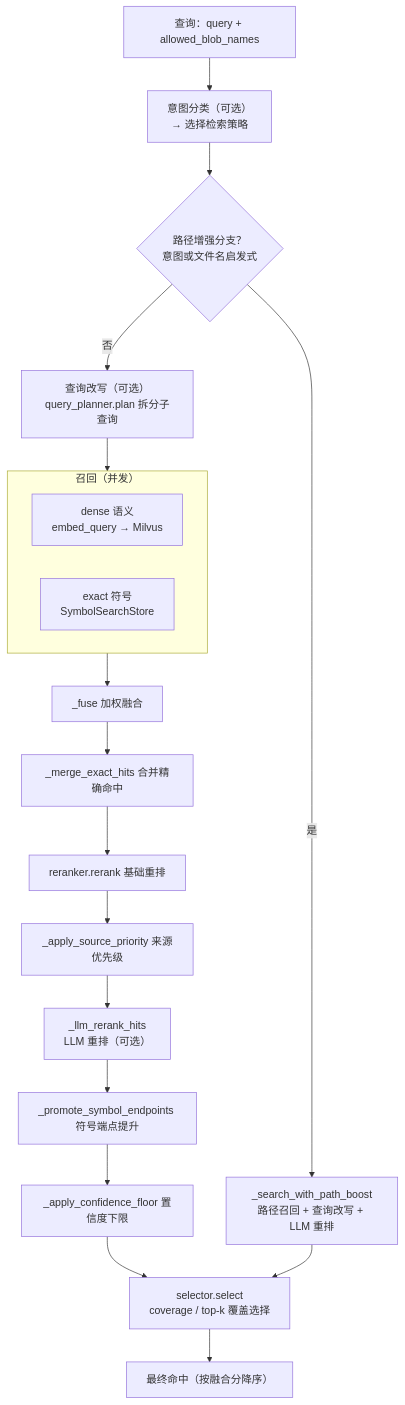
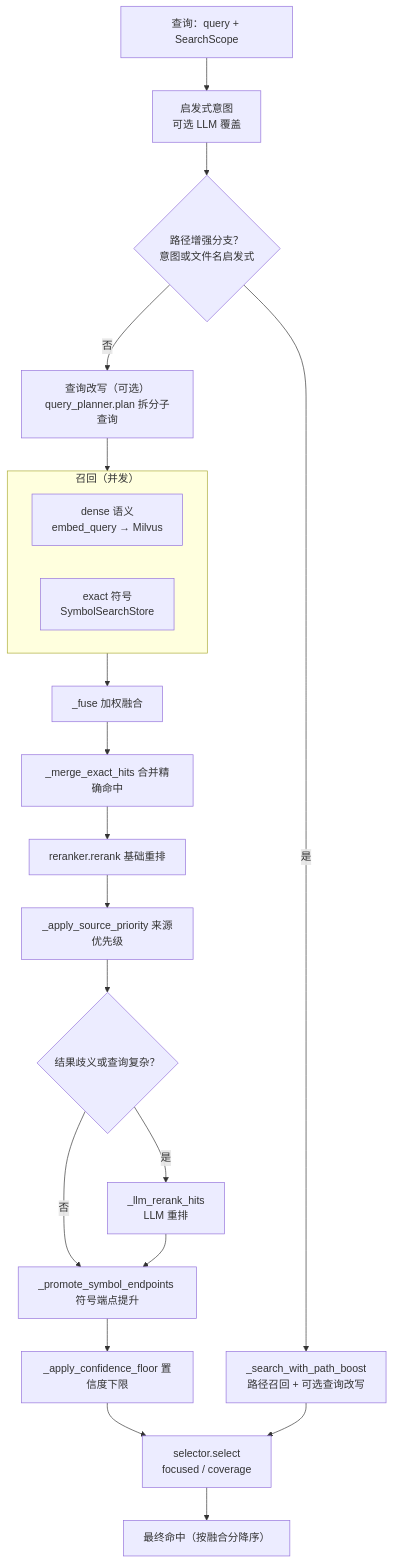
Before and after one commit to JasonEX/oce: the second of 2 diagrams in README.zh-CN.md, drawn with Mermaid. The commit also changed other lines of this file and 25 other files, not shown here.

````diff
--- a/README.zh-CN.md
+++ b/README.zh-CN.md
@@ -360,29 +362,31 @@
 ```mermaid
 flowchart TB
-    Q["查询：query + allowed_blob_names"]
-    Q --> Intent["意图分类（可选）<br/>→ 选择检索策略"]
+    Q["查询：query + SearchScope"]
+    Q --> Intent["启发式意图<br/>可选 LLM 覆盖"]
     Intent --> PathCheck{"路径增强分支？<br/>意图或文件名启发式"}
 
-    PathCheck -->|是| PathBoost["_search_with_path_boost<br/>路径召回 + 查询改写 + LLM 重排"]
+    PathCheck -->|是| PathBoost["_search_with_path_boost<br/>路径召回 + 可选查询改写"]
     PathCheck -->|否| Rewrite["查询改写（可选）<br/>query_planner.plan 拆分子查询"]
 
     Rewrite --> Recall
 
     subgraph Recall["召回（并发）"]
         direction LR
         Dense["dense 语义<br/>embed_query → Milvus"]
         Exact["exact 符号<br/>SymbolSearchStore"]
     end
 
     Recall --> Fuse["_fuse 加权融合"]
     Fuse --> Merge["_merge_exact_hits 合并精确命中"]
     Merge --> Rerank["reranker.rerank 基础重排"]
     Rerank --> Source["_apply_source_priority 来源优先级"]
-    Source --> LLMRerank["_llm_rerank_hits<br/>LLM 重排（可选）"]
+    Source --> Gate{"结果歧义或查询复杂？"}
+    Gate -->|是| LLMRerank["_llm_rerank_hits<br/>LLM 重排"]
+    Gate -->|否| Promote
     LLMRerank --> Promote["_promote_symbol_endpoints 符号端点提升"]
     Promote --> Floor["_apply_confidence_floor 置信度下限"]
-    Floor --> Select["selector.select<br/>coverage / top-k 覆盖选择"]
+    Floor --> Select["selector.select<br/>focused / coverage"]
 
     PathBoost --> Select
     Select --> Out["最终命中（按融合分降序）"]
 ```
````
